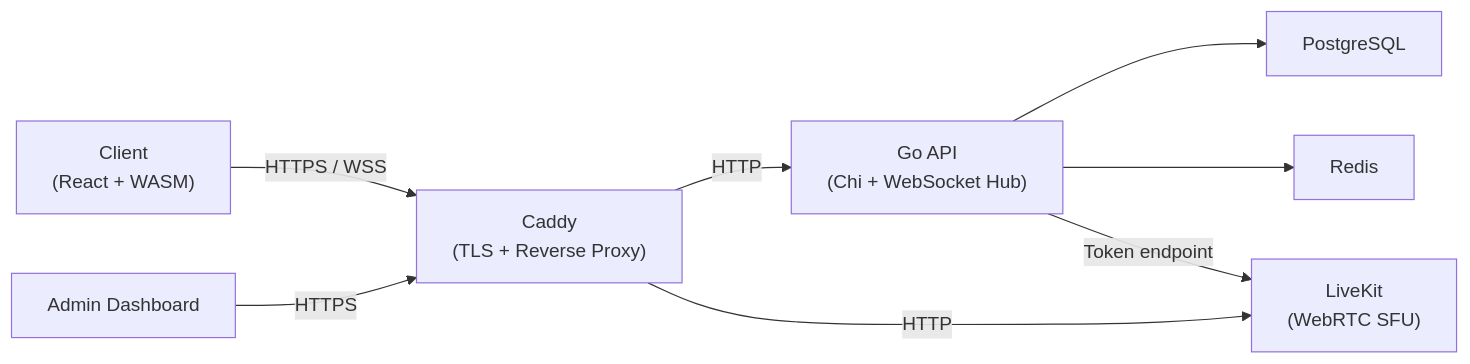
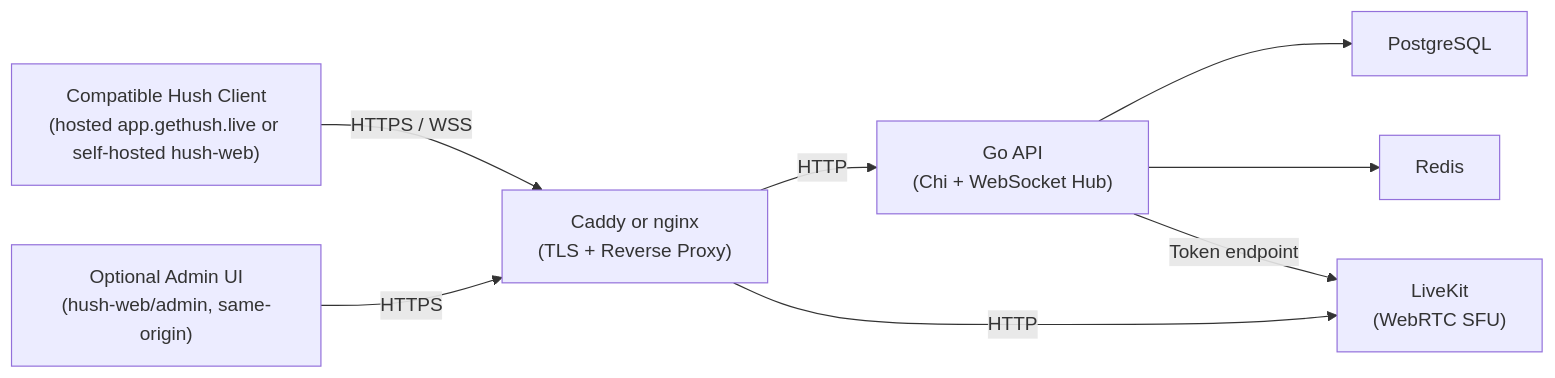
The diagram in ARCHITECTURE.md (hushhq/hush-server), drawn with Mermaid before and after one commit. The commit also changed other lines of this file and 11 other files, not shown here.

````diff
--- a/ARCHITECTURE.md
+++ b/ARCHITECTURE.md
@@ -9,18 +9,18 @@
 ```mermaid
 graph LR
-    Client["Client\n(React + WASM)"]
-    Admin["Admin Dashboard"]
-    Caddy["Caddy\n(TLS + Reverse Proxy)"]
+    Client["Compatible Hush Client\n(hosted app.gethush.live or self-hosted hush-web)"]
+    Admin["Optional Admin UI\n(hush-web/admin, same-origin)"]
+    Proxy["Caddy or nginx\n(TLS + Reverse Proxy)"]
     API["Go API\n(Chi + WebSocket Hub)"]
     PG["PostgreSQL"]
     Redis["Redis"]
     LK["LiveKit\n(WebRTC SFU)"]
 
-    Client -->|HTTPS / WSS| Caddy
-    Admin -->|HTTPS| Caddy
-    Caddy -->|HTTP| API
-    Caddy -->|HTTP| LK
+    Client -->|HTTPS / WSS| Proxy
+    Admin -->|HTTPS| Proxy
+    Proxy -->|HTTP| API
+    Proxy -->|HTTP| LK
     API --> PG
     API --> Redis
     API -->|Token endpoint| LK
 ```
````
